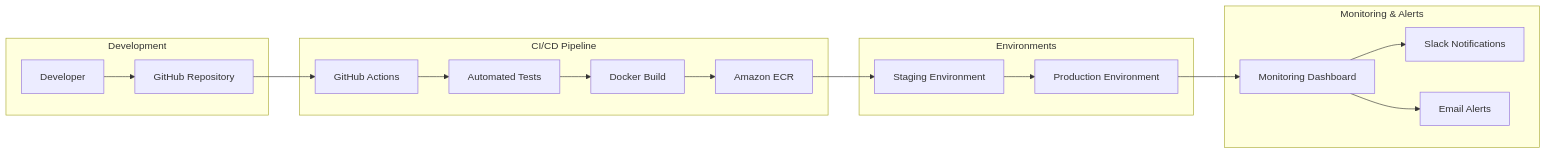
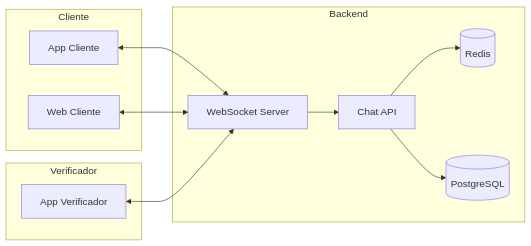
One commit to JuanPinto86/VerificadoresPresenciales. changed the third of 4 diagrams in design.md. Above: the diagram before and after it, drawn with Mermaid. The commit also changed other lines of this file and 2 other files, not shown here.

````diff
--- a/design.md
+++ b/design.md
@@ -66,37 +203,26 @@
 ```mermaid
 graph LR
-    subgraph "Development"
-        Dev[Developer]
-        GitHub[GitHub Repository]
+    subgraph "Cliente"
+        C1[App Cliente]
+        C2[Web Cliente]
     end
     
-    subgraph "CI/CD Pipeline"
-        Actions[GitHub Actions]
-        Tests[Automated Tests]
-        Build[Docker Build]
-        ECR[Amazon ECR]
+    subgraph "Verificador"
+        V1[App Verificador]
     end
     
-    subgraph "Environments"
-        Staging[Staging Environment]
-        Prod[Production Environment]
+    subgraph "Backend"
+        WS[WebSocket Server]
+        CHAT_API[Chat API]
+        REDIS[(Redis)]
+        DB[(PostgreSQL)]
     end
     
-    subgraph "Monitoring & Alerts"
-        Slack[Slack Notifications]
-        Email[Email Alerts]
-        Dashboard[Monitoring Dashboard]
-    end
+    C1 <--> WS
+    C2 <--> WS
+    V1 <--> WS
     
-    Dev --> GitHub
-    GitHub --> Actions
-    Actions --> Tests
-    Tests --> Build
-    Build --> ECR
-    ECR --> Staging
-    Staging --> Prod
-    
-    Prod --> Dashboard
-    Dashboard --> Slack
-    Dashboard --> Email
+    WS --> CHAT_API
+    CHAT_API --> REDIS
+    CHAT_API --> DB
 ```
````
